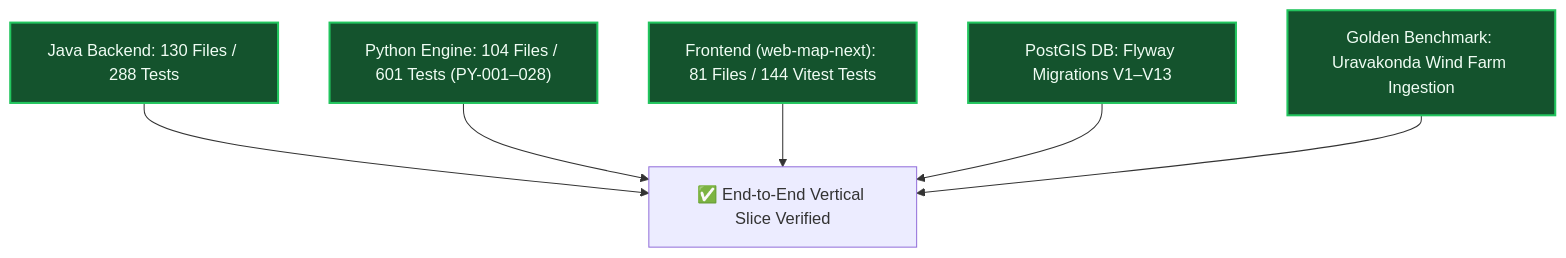
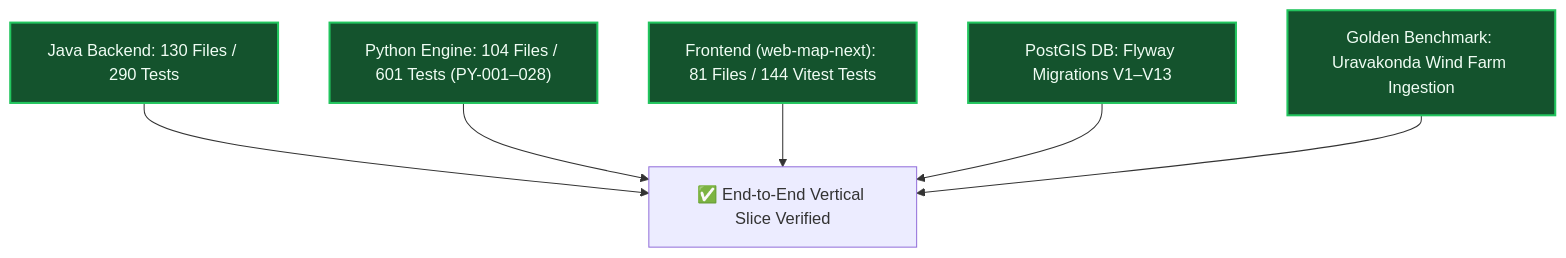
Before and after one commit to cookedaryan/surge: the second of 2 diagrams in obsidian-vault/01-vision/Scope.md, drawn with Mermaid. The commit also changed other lines of this file and 10 other files, not shown here.

````diff
--- a/obsidian-vault/01-vision/Scope.md
+++ b/obsidian-vault/01-vision/Scope.md
@@ -100,16 +100,16 @@
 ```mermaid
 graph TD
     classDef pass fill:#14532d,stroke:#22c55e,stroke-width:2px,color:#f0fdf4;
 
-    TEST1["Java Backend: 130 Files / 288 Tests"]:::pass
+    TEST1["Java Backend: 130 Files / 290 Tests"]:::pass
     TEST2["Python Engine: 104 Files / 601 Tests (PY-001–028)"]:::pass
     TEST3["Frontend (web-map-next): 81 Files / 144 Vitest Tests"]:::pass
     TEST4["PostGIS DB: Flyway Migrations V1–V13"]:::pass
     TEST5["Golden Benchmark: Uravakonda Wind Farm Ingestion"]:::pass
 
     TEST1 --> E2E["✅ End-to-End Vertical Slice Verified"]
     TEST2 --> E2E
     TEST3 --> E2E
     TEST4 --> E2E
     TEST5 --> E2E
 ```
````
